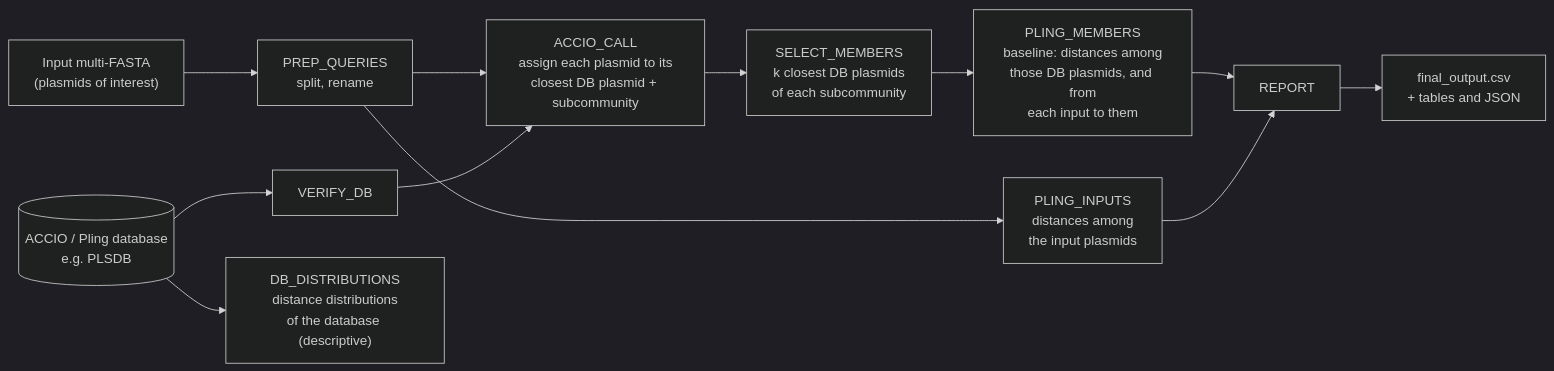
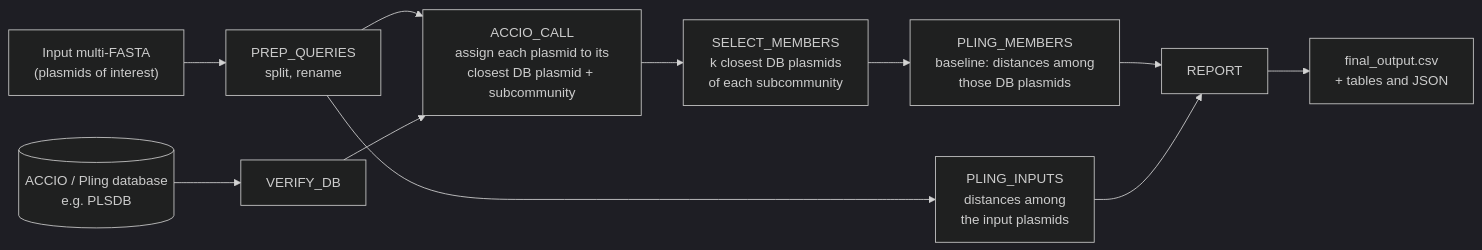
One commit to SPREAD-Hackathon/clust-assess changed the first of 2 diagrams in README_workflow.md. Above: the diagram before and after it, drawn with Mermaid (dark theme). The commit also changed other lines of this file, not shown here.

````diff
--- a/README_workflow.md
+++ b/README_workflow.md
@@ -17,14 +17,13 @@
 ```mermaid
 flowchart LR
     IN["Input multi-FASTA<br/>(plasmids of interest)"] --> PQ["PREP_QUERIES<br/>split, rename"]
     DB[("ACCIO / Pling database<br/>e.g. PLSDB")] --> VD[VERIFY_DB]
     PQ --> AC["ACCIO_CALL<br/>assign each plasmid to its<br/>closest DB plasmid + subcommunity"]
     VD --> AC
     AC --> SM["SELECT_MEMBERS<br/>k closest DB plasmids<br/>of each subcommunity"]
-    SM --> PM["PLING_MEMBERS<br/>baseline: distances among<br/>those DB plasmids, and from<br/>each input to them"]
+    SM --> PM["PLING_MEMBERS<br/>baseline: distances among<br/>those DB plasmids"]
     PQ --> PI["PLING_INPUTS<br/>distances among<br/>the input plasmids"]
     PM --> RE[REPORT]
     PI --> RE
     RE --> OUT["final_output.csv<br/>+ tables and JSON"]
-    DB --> DD["DB_DISTRIBUTIONS<br/>distance distributions<br/>of the database (descriptive)"]
 ```
````
